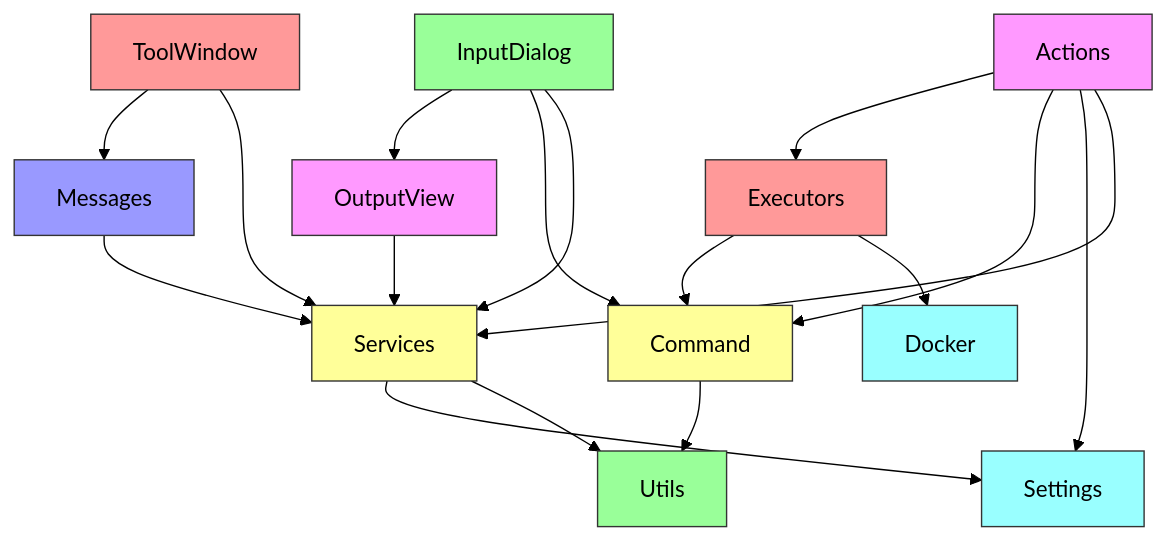
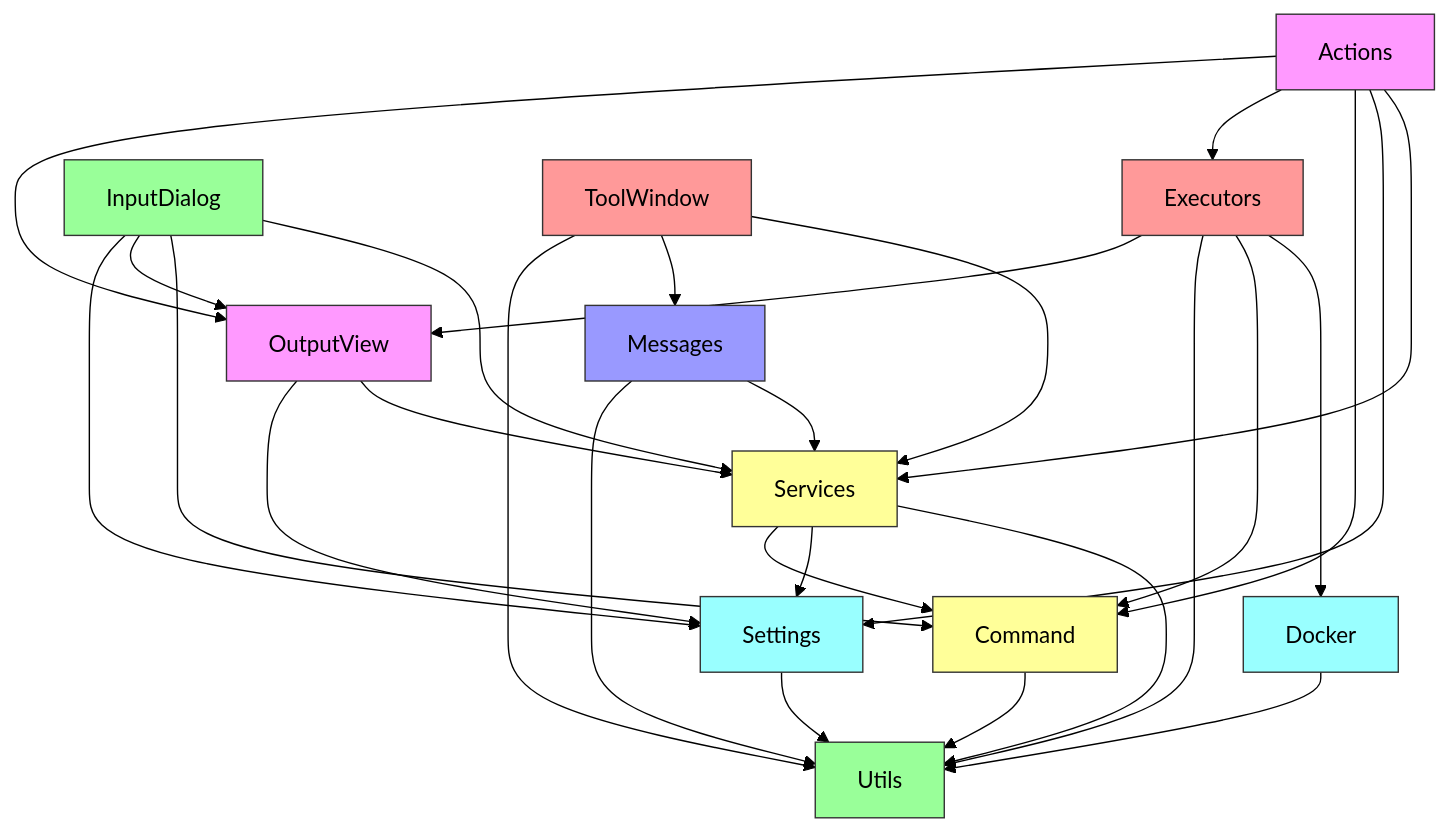
The diagram in overview.md (p-wegner/coding-aider), drawn with Mermaid (forest theme) before and after one commit.

Commit message:
docs: update dependencies overview in overview.md

````diff
--- a/overview.md
+++ b/overview.md
@@ -3,38 +3,50 @@
 ```mermaid
 graph TD
     Actions --> Services
     Actions --> Settings
     Actions --> Command
     Actions --> Executors
+    Actions --> OutputView
     
     InputDialog --> Services
     InputDialog --> Command
     InputDialog --> OutputView
+    InputDialog --> Settings
     
     Executors --> Docker
     Executors --> Command
+    Executors --> Utils
+    Executors --> OutputView
     
     ToolWindow --> Services
     ToolWindow --> Messages
+    ToolWindow --> Utils
     
     OutputView --> Services
+    OutputView --> Settings
     
     Services --> Utils
     Services --> Settings
+    Services --> Command
     
     Command --> Utils
     
     Messages --> Services
+    Messages --> Utils
+    
+    Docker --> Utils
+    
+    Settings --> Utils
     
     style Actions fill:#f9f,stroke:#333
     style Command fill:#ff9,stroke:#333
     style Docker fill:#9ff,stroke:#333
     style Executors fill:#f99,stroke:#333
     style InputDialog fill:#9f9,stroke:#333
     style Messages fill:#99f,stroke:#333
     style OutputView fill:#f9f,stroke:#333
     style Services fill:#ff9,stroke:#333
     style Settings fill:#9ff,stroke:#333
     style ToolWindow fill:#f99,stroke:#333
     style Utils fill:#9f9,stroke:#333
 ```
````
